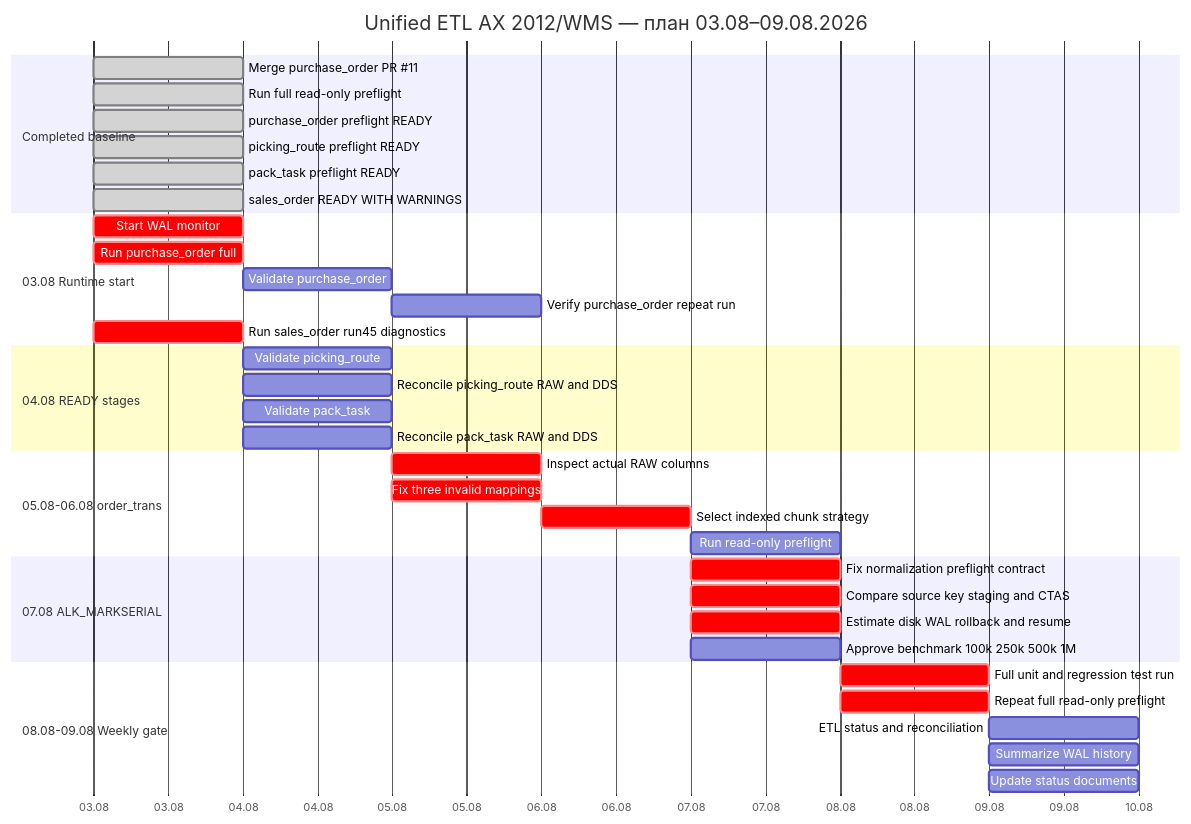
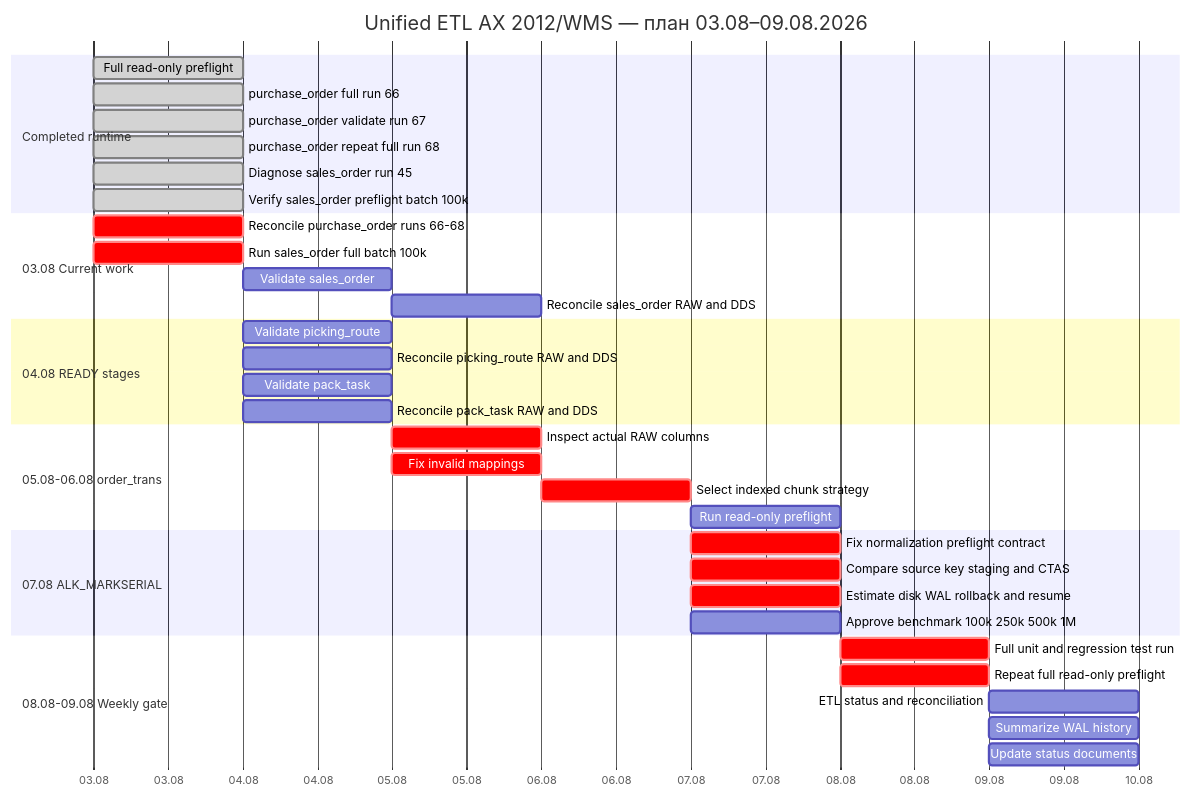
The diagram in bz/Anomaly Detection_V2/gantt.md (eignat88/jira_focus_exporter), drawn with Mermaid before and after one commit. The commit also changed other lines of this file, not shown here.

Commit message:
docs: синхронизировать gantt с runtime runs 66-68

````diff
--- a/bz/Anomaly Detection_V2/gantt.md
+++ b/bz/Anomaly Detection_V2/gantt.md
@@ -5,46 +5,45 @@
 ```mermaid
 gantt
     title Unified ETL AX 2012/WMS — план 03.08–09.08.2026
     dateFormat YYYY-MM-DD
     axisFormat %d.%m
 
-    section Completed baseline
-    Merge purchase_order PR #11              :done, po_pr, 2026-08-03, 1d
-    Run full read-only preflight              :done, full_pre, 2026-08-03, 1d
-    purchase_order preflight READY            :done, po_ready, 2026-08-03, 1d
-    picking_route preflight READY             :done, pick_ready, 2026-08-03, 1d
-    pack_task preflight READY                 :done, pack_ready, 2026-08-03, 1d
-    sales_order READY WITH WARNINGS           :done, sales_ready, 2026-08-03, 1d
+    section Completed runtime
+    Full read-only preflight                 :done, full_pre, 2026-08-03, 1d
+    purchase_order full run 66               :done, po66, 2026-08-03, 1d
+    purchase_order validate run 67           :done, po67, 2026-08-03, 1d
+    purchase_order repeat full run 68        :done, po68, 2026-08-03, 1d
+    Diagnose sales_order run 45              :done, so45, 2026-08-03, 1d
+    Verify sales_order preflight batch 100k  :done, so_pre100, 2026-08-03, 1d
 
-    section 03.08 Runtime start
-    Start WAL monitor                         :crit, wal_start, 2026-08-03, 1d
-    Run purchase_order full                   :crit, po_full, 2026-08-03, 1d
-    Validate purchase_order                   :po_validate, after po_full, 1d
-    Verify purchase_order repeat run          :po_repeat, after po_validate, 1d
-    Run sales_order run45 diagnostics         :crit, sales_diag, 2026-08-03, 1d
+    section 03.08 Current work
+    Reconcile purchase_order runs 66-68      :crit, po_rec, 2026-08-03, 1d
+    Run sales_order full batch 100k          :crit, so_full, 2026-08-03, 1d
+    Validate sales_order                     :so_val, after so_full, 1d
+    Reconcile sales_order RAW and DDS        :so_rec, after so_val, 1d
 
     section 04.08 READY stages
-    Validate picking_route                    :pick_val, 2026-08-04, 1d
-    Reconcile picking_route RAW and DDS        :pick_rec, 2026-08-04, 1d
-    Validate pack_task                        :pack_val, 2026-08-04, 1d
-    Reconcile pack_task RAW and DDS            :pack_rec, 2026-08-04, 1d
+    Validate picking_route                   :pick_val, 2026-08-04, 1d
+    Reconcile picking_route RAW and DDS       :pick_rec, 2026-08-04, 1d
+    Validate pack_task                       :pack_val, 2026-08-04, 1d
+    Reconcile pack_task RAW and DDS           :pack_rec, 2026-08-04, 1d
 
     section 05.08-06.08 order_trans
-    Inspect actual RAW columns                :crit, ot_cols, 2026-08-05, 1d
-    Fix three invalid mappings                :crit, ot_map, 2026-08-05, 1d
-    Select indexed chunk strategy             :crit, ot_strategy, 2026-08-06, 1d
-    Run read-only preflight                   :ot_pre, after ot_strategy, 1d
+    Inspect actual RAW columns               :crit, ot_cols, 2026-08-05, 1d
+    Fix invalid mappings                     :crit, ot_map, 2026-08-05, 1d
+    Select indexed chunk strategy            :crit, ot_strategy, 2026-08-06, 1d
+    Run read-only preflight                  :ot_pre, after ot_strategy, 1d
 
     section 07.08 ALK_MARKSERIAL
-    Fix normalization preflight contract      :crit, norm_contract, 2026-08-07, 1d
-    Compare source key staging and CTAS       :crit, norm_compare, 2026-08-07, 1d
-    Estimate disk WAL rollback and resume     :crit, norm_risk, 2026-08-07, 1d
-    Approve benchmark 100k 250k 500k 1M       :bench, 2026-08-07, 1d
+    Fix normalization preflight contract     :crit, norm_contract, 2026-08-07, 1d
+    Compare source key staging and CTAS      :crit, norm_compare, 2026-08-07, 1d
+    Estimate disk WAL rollback and resume    :crit, norm_risk, 2026-08-07, 1d
+    Approve benchmark 100k 250k 500k 1M      :bench, 2026-08-07, 1d
 
     section 08.08-09.08 Weekly gate
-    Full unit and regression test run         :crit, gate_tests, 2026-08-08, 1d
-    Repeat full read-only preflight           :crit, gate_pre, 2026-08-08, 1d
-    ETL status and reconciliation             :gate_status, 2026-08-09, 1d
-    Summarize WAL history                     :gate_wal, 2026-08-09, 1d
-    Update status documents                   :gate_docs, 2026-08-09, 1d
+    Full unit and regression test run        :crit, gate_tests, 2026-08-08, 1d
+    Repeat full read-only preflight          :crit, gate_pre, 2026-08-08, 1d
+    ETL status and reconciliation            :gate_status, 2026-08-09, 1d
+    Summarize WAL history                    :gate_wal, 2026-08-09, 1d
+    Update status documents                  :gate_docs, 2026-08-09, 1d
 ```
````
